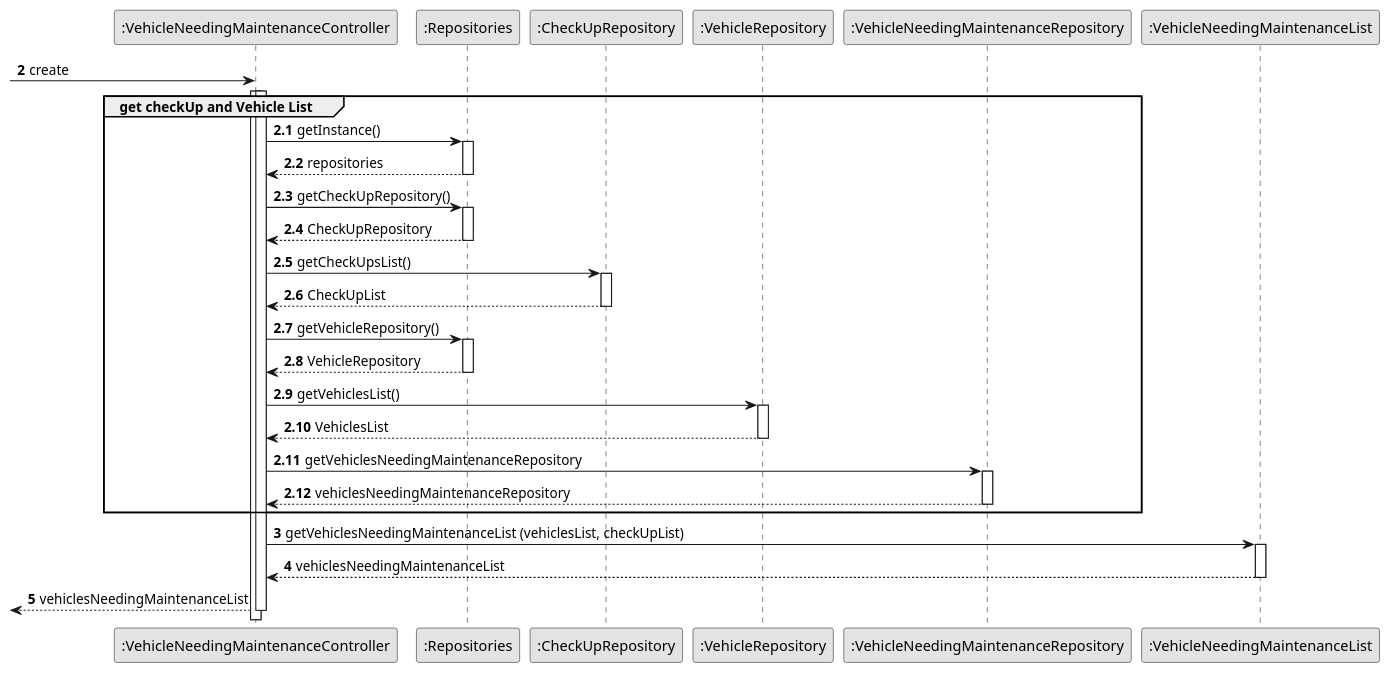
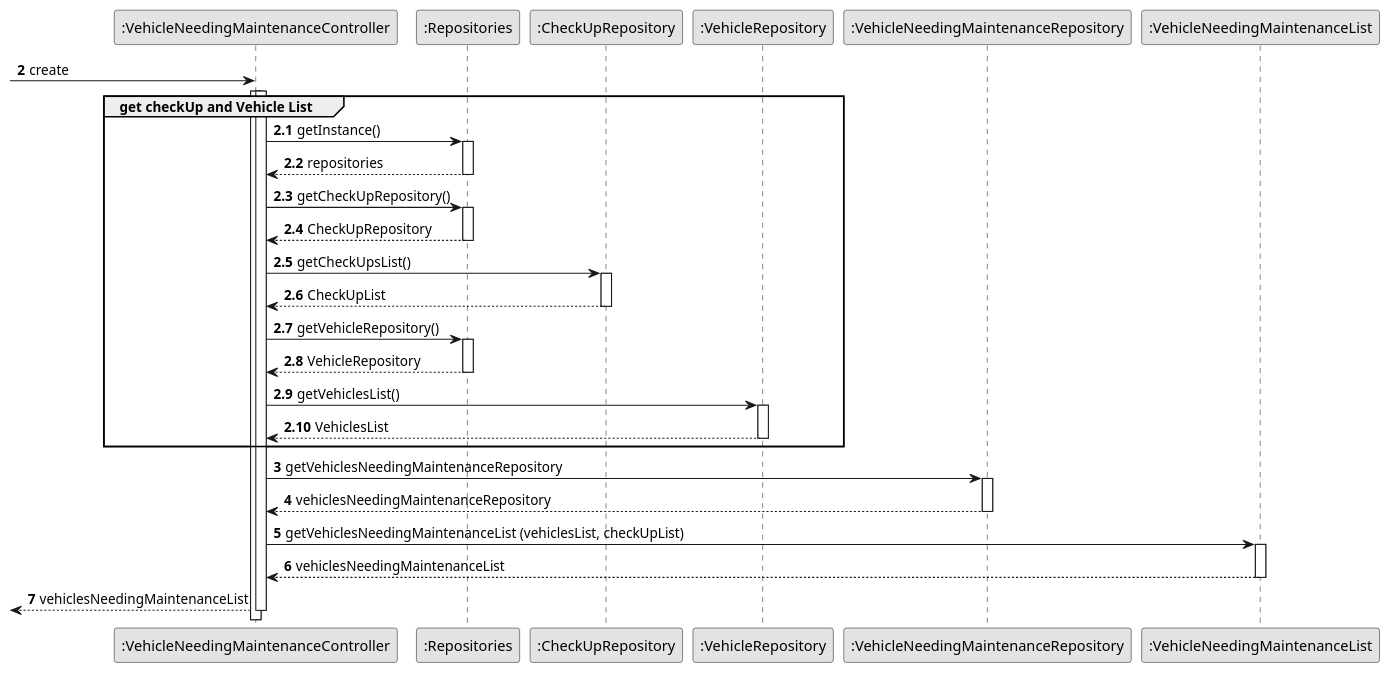
Before and after one commit to daniel41silva05/ISEP_2023_2024_LAPR2: the diagram in docs/sprintA&B/us008/03.design/puml/us008-sequence-diagram-partial-get-checkUp-anda-Vehicle-List.puml, drawn with PlantUML. The commit also changed 2 other files, not shown here.

```diff
--- a/docs/sprintA&B/us008/03.design/puml/us008-sequence-diagram-partial-get-checkUp-anda-Vehicle-List.puml
+++ b/docs/sprintA&B/us008/03.design/puml/us008-sequence-diagram-partial-get-checkUp-anda-Vehicle-List.puml
@@ -1,96 +1,95 @@
 @startuml
 skinparam monochrome true
 skinparam packageStyle rectangle
 skinparam shadowing false
 
 autonumber
 
 participant ":VehicleNeedingMaintenanceController" as CTRL
 participant ":Repositories" as RepositorySingleton
 participant ":CheckUpRepository" as CheckUpRepository
 participant ":VehicleRepository" as VR
 participant ":VehicleNeedingMaintenanceRepository" as MaintenanceRep
 participant ":VehicleNeedingMaintenanceList" as MaintenanceList
 
         autonumber2
 
             -> CTRL** : create
 
             group get checkUp and Vehicle List
             activate CTRL
 
                  activate CTRL
 
                     autonumber 2.1
 
 
                                  CTRL -> RepositorySingleton : getInstance()
                                  activate RepositorySingleton
 
                                      RepositorySingleton --> CTRL: repositories
 
                                  deactivate RepositorySingleton
 
                                  CTRL -> RepositorySingleton : getCheckUpRepository()
 
                                  activate RepositorySingleton
 
                                      RepositorySingleton --> CTRL: CheckUpRepository
 
                                 deactivate RepositorySingleton
 
                                      CTRL -> CheckUpRepository : getCheckUpsList()
 
                                 activate CheckUpRepository
 
                                 CheckUpRepository --> CTRL: CheckUpList
 
                                 deactivate CheckUpRepository
 
                                  deactivate CheckUpRepository
 
                                                deactivate RepositorySingleton
 
                                                CTRL -> RepositorySingleton : getVehicleRepository()
 
                                                activate RepositorySingleton
 
                                                    RepositorySingleton --> CTRL: VehicleRepository
 
                                               deactivate RepositorySingleton
 
                                                CTRL -> VR : getVehiclesList()
 
                                                activate VR
 
                                                VR --> CTRL: VehiclesList
 
                                                deactivate VR
 
+                                               end
+
+                                               autonumber 3
+
                                               CTRL -> MaintenanceRep: getVehiclesNeedingMaintenanceRepository
 
                                                activate MaintenanceRep
 
                                               MaintenanceRep --> CTRL: vehiclesNeedingMaintenanceRepository
 
                                                 deactivate MaintenanceRep
-
-                                    end
-
-                                    autonumber 3
-
 
                               CTRL -> MaintenanceList: getVehiclesNeedingMaintenanceList (vehiclesList, checkUpList)
 
                               activate MaintenanceList
 
                               MaintenanceList --> CTRL: vehiclesNeedingMaintenanceList
 
                               deactivate MaintenanceList
 
                               <-- CTRL : vehiclesNeedingMaintenanceList
 
                     deactivate CTRL
 
 
 @enduml
```
